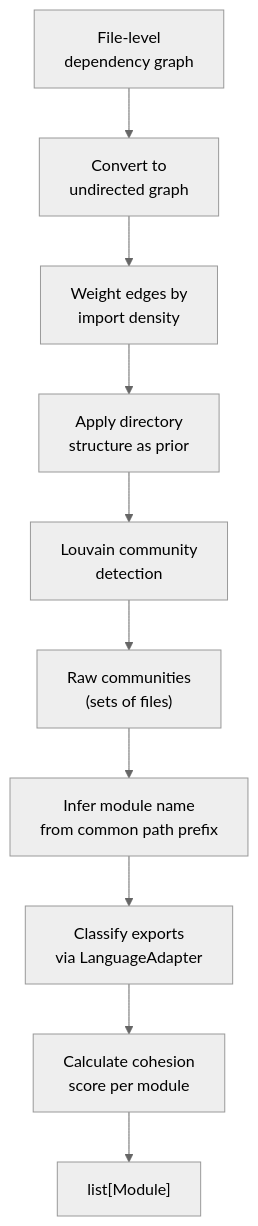
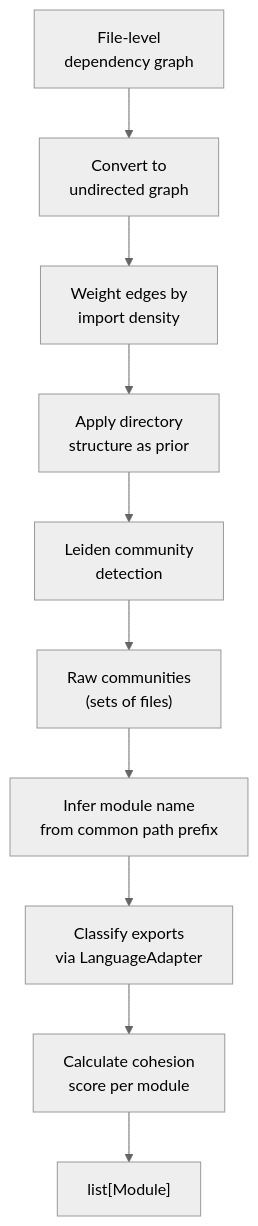
One commit to Mathews-Tom/archex changed the sixth of 8 diagrams in docs/SYSTEM_DESIGN.md. Above: the diagram before and after it, drawn with Mermaid (neutral theme). The commit also changed other lines of this file, not shown here.

````diff
--- a/docs/SYSTEM_DESIGN.md
+++ b/docs/SYSTEM_DESIGN.md
@@ -866,12 +959,12 @@
 ```mermaid
 graph TD
     FG["File-level<br/>dependency graph"] --> Undirect["Convert to<br/>undirected graph"]
     Undirect --> Weight["Weight edges by<br/>import density"]
     Weight --> DirPrior["Apply directory<br/>structure as prior"]
-    DirPrior --> Louvain["Louvain community<br/>detection"]
-    Louvain --> Communities["Raw communities<br/>(sets of files)"]
+    DirPrior --> Leiden["Leiden community<br/>detection"]
+    Leiden --> Communities["Raw communities<br/>(sets of files)"]
     Communities --> Name["Infer module name<br/>from common path prefix"]
     Name --> Exports["Classify exports<br/>via LanguageAdapter"]
     Exports --> Cohesion["Calculate cohesion<br/>score per module"]
     Cohesion --> Output["list[Module]"]
 ```
````
